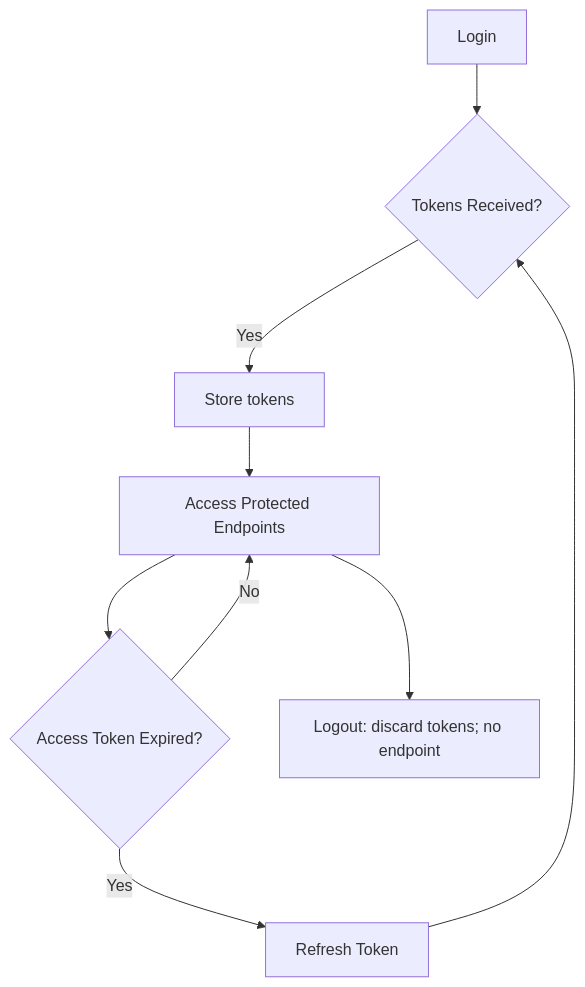
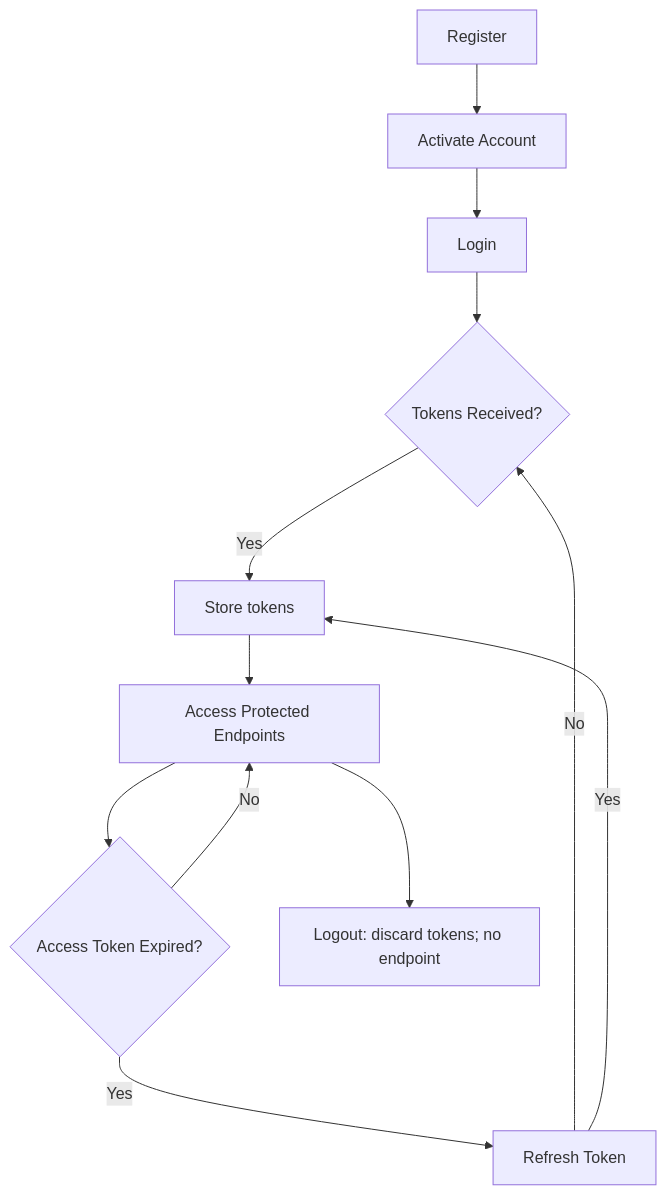
One commit to bshgenerator/documentation changed the diagram in app/docs/bsh-engine/api/authentication/page.mdx. Above: the diagram before and after it, drawn with Mermaid. The commit also changed other lines of this file and 7 other files, not shown here.

````diff
--- a/app/docs/bsh-engine/api/authentication/page.mdx
+++ b/app/docs/bsh-engine/api/authentication/page.mdx
@@ -44,11 +45,14 @@
 ```mermaid
 flowchart TD
+    X[Register] --> Y[Activate Account]
+    Y --> A[Login]
     A[Login] --> B{Tokens Received?}
     B -- Yes --> C[Store tokens]
     C --> D[Access Protected Endpoints]
     D --> E{Access Token Expired?}
     E -- No --> D
     E -- Yes --> F[Refresh Token]
-    F --> B
+    F -- No --> B
+    F -- Yes --> C
     D --> G[Logout: discard tokens; no endpoint]
 ```
````
